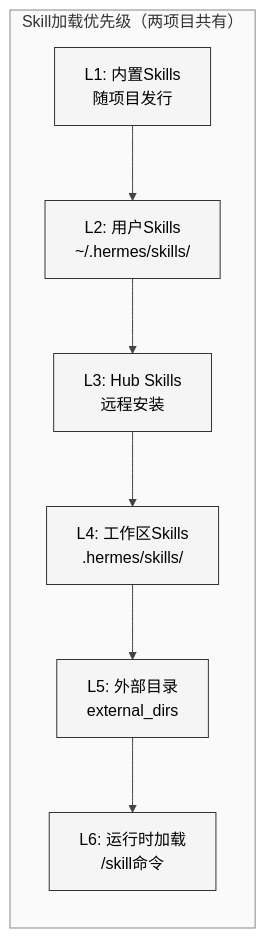
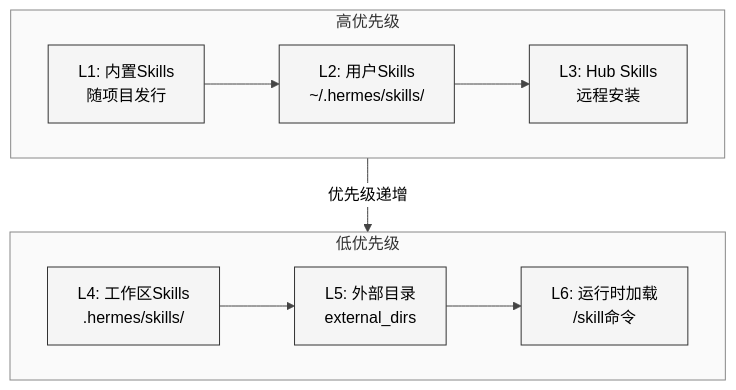
One commit to xiaonancs/hermes-agent-study changed the second of 3 diagrams in Part III 同源项目对比分析/26-OpenClaw架构对比.md. Above: the diagram before and after it, drawn with Mermaid. The commit also changed other lines of this file and 32 other files, not shown here.

First line of the commit message:
Mermaid 图表修复：白色背景板 + 长宽比优化

````diff
--- a/Part III 同源项目对比分析/26-OpenClaw架构对比.md
+++ b/Part III 同源项目对比分析/26-OpenClaw架构对比.md
@@ -107,14 +107,13 @@
 ```mermaid
 %%{init: {'theme': 'neutral', 'themeVariables': {'background': '#ffffff', 'primaryColor': '#f5f5f5', 'primaryTextColor': '#000000', 'primaryBorderColor': '#333333', 'lineColor': '#444444', 'textColor': '#000000', 'mainBkg': '#f5f5f5', 'nodeBorder': '#333333', 'clusterBkg': '#fafafa', 'clusterBorder': '#888888', 'edgeLabelBackground': '#ffffff'}}}%%
-graph LR
-    subgraph Priority["Skill加载优先级（两项目共有）"]
-        P1["L1: 内置Skills<br/>随项目发行"]
-        P2["L2: 用户Skills<br/>~/.hermes/skills/"]
-        P3["L3: Hub Skills<br/>远程安装"]
-        P4["L4: 工作区Skills<br/>.hermes/skills/"]
-        P5["L5: 外部目录<br/>external_dirs"]
-        P6["L6: 运行时加载<br/>/skill命令"]
-        
-        P1 --> P2 --> P3 --> P4 --> P5 --> P6
+graph TD
+    subgraph row1 ["高优先级"]
+        direction LR
+        P1["L1: 内置Skills<br/>随项目发行"] --> P2["L2: 用户Skills<br/>~/.hermes/skills/"] --> P3["L3: Hub Skills<br/>远程安装"]
     end
+    subgraph row2 ["低优先级"]
+        direction LR
+        P4["L4: 工作区Skills<br/>.hermes/skills/"] --> P5["L5: 外部目录<br/>external_dirs"] --> P6["L6: 运行时加载<br/>/skill命令"]
+    end
+    P3 -->|"优先级递增"| P4
 ```
````
